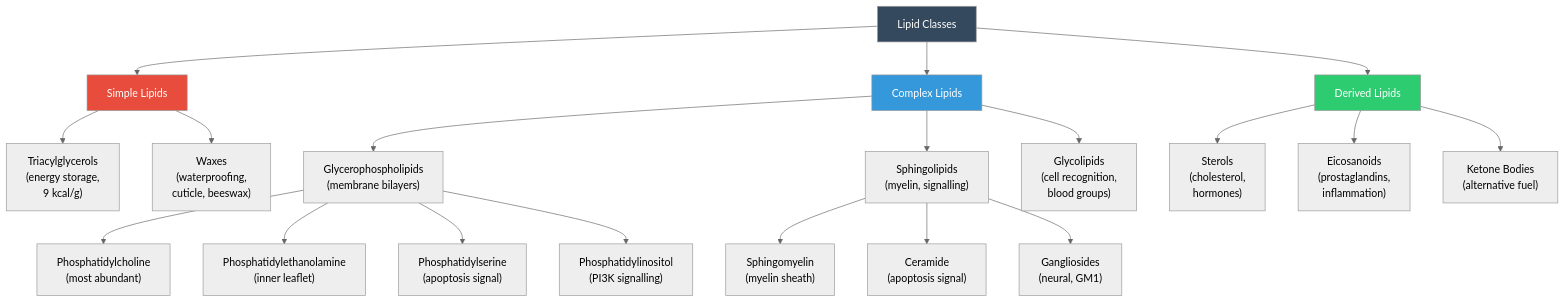
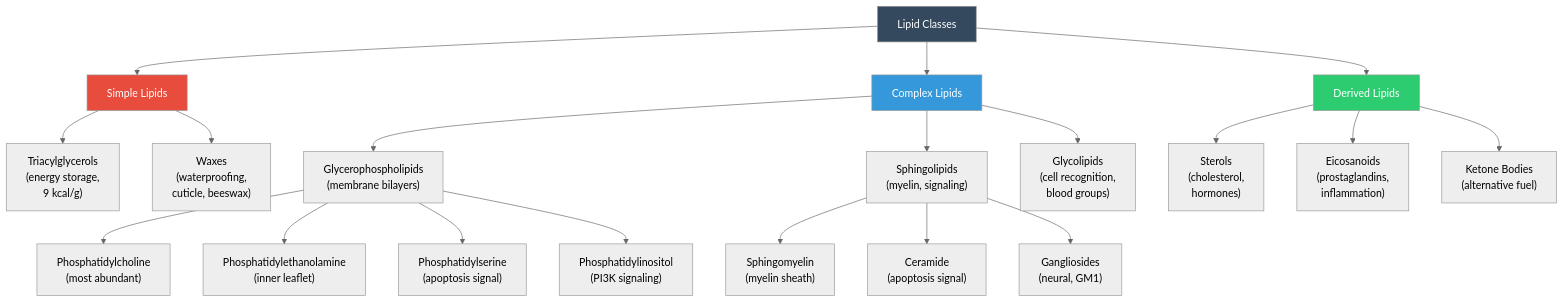
One commit to docxology/biology_textbook changed the third of 5 diagrams in manuscript/unit_I/macromolecules.md. Above: the diagram before and after it, drawn with Mermaid (neutral theme). The commit also changed other lines of this file and 247 other files, not shown here.

````diff
--- a/manuscript/unit_I/macromolecules.md
+++ b/manuscript/unit_I/macromolecules.md
@@ -342,31 +350,31 @@
 ```mermaid
 graph TD
     LIPIDS["Lipid Classes"] --> SIMPLE["Simple Lipids"]
     LIPIDS --> COMPLEX["Complex Lipids"]
     LIPIDS --> DERIVED["Derived Lipids"]
 
     SIMPLE --> TAG["Triacylglycerols<br/>(energy storage,<br/>9 kcal/g)"]
     SIMPLE --> WAX["Waxes<br/>(waterproofing,<br/>cuticle, beeswax)"]
 
     COMPLEX --> GPL["Glycerophospholipids<br/>(membrane bilayers)"]
-    COMPLEX --> SPH["Sphingolipids<br/>(myelin, signalling)"]
+    COMPLEX --> SPH["Sphingolipids<br/>(myelin, signaling)"]
     COMPLEX --> GLYCO["Glycolipids<br/>(cell recognition,<br/>blood groups)"]
 
     DERIVED --> STEROL["Sterols<br/>(cholesterol,<br/>hormones)"]
     DERIVED --> EICO["Eicosanoids<br/>(prostaglandins,<br/>inflammation)"]
     DERIVED --> KETO["Ketone Bodies<br/>(alternative fuel)"]
 
     GPL --> PC["Phosphatidylcholine<br/>(most abundant)"]
     GPL --> PE["Phosphatidylethanolamine<br/>(inner leaflet)"]
     GPL --> PS["Phosphatidylserine<br/>(apoptosis signal)"]
-    GPL --> PI["Phosphatidylinositol<br/>(PI3K signalling)"]
+    GPL --> PI["Phosphatidylinositol<br/>(PI3K signaling)"]
 
     SPH --> SM["Sphingomyelin<br/>(myelin sheath)"]
     SPH --> CER["Ceramide<br/>(apoptosis signal)"]
     SPH --> GANG["Gangliosides<br/>(neural, GM1)"]
 
     style LIPIDS fill:#34495e,color:#fff
     style SIMPLE fill:#e74c3c,color:#fff
     style COMPLEX fill:#3498db,color:#fff
     style DERIVED fill:#2ecc71,color:#fff
 ```
````
